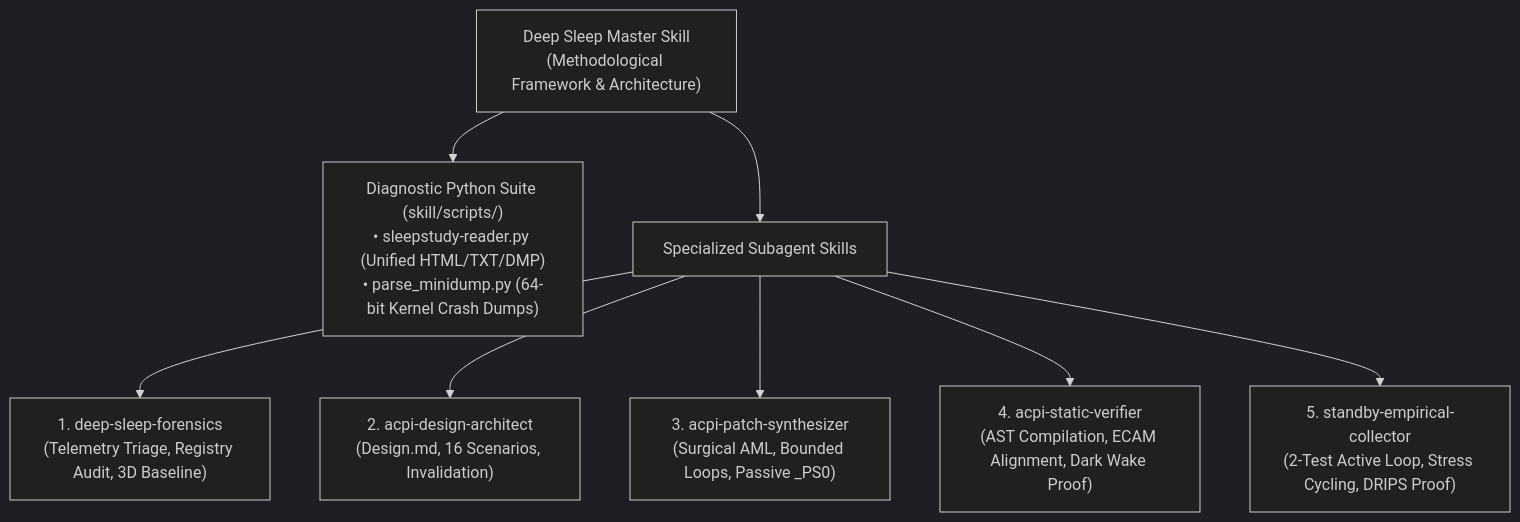
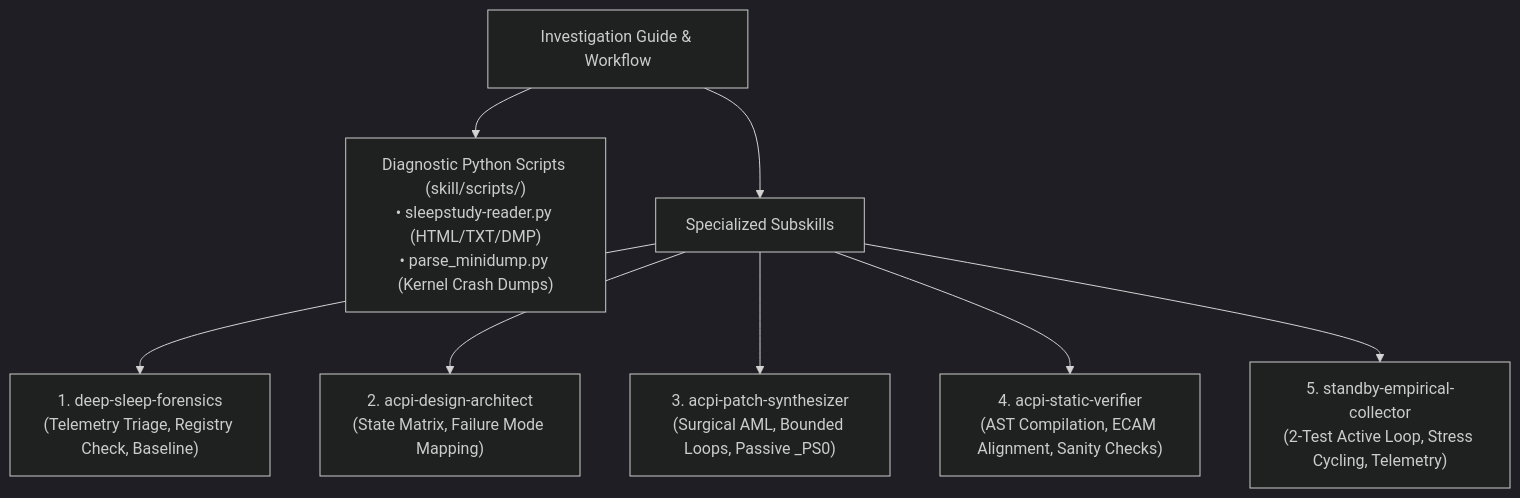
The first of 2 diagrams in skill/DeepSleepInvestigateSkill.md (datacompboy/xmg_deep_sleep), drawn with Mermaid (dark theme) before and after one commit. The commit also changed other lines of this file and 8 other files, not shown here.

````diff
--- a/skill/DeepSleepInvestigateSkill.md
+++ b/skill/DeepSleepInvestigateSkill.md
@@ -16,13 +16,13 @@
 ```mermaid
 graph TD
-    Master["Deep Sleep Master Skill<br/>(Methodological Framework & Architecture)"]
+    Master["Investigation Guide & Workflow"]
     
-    Master --> Tools["Diagnostic Python Suite (skill/scripts/)<br/>• sleepstudy-reader.py (Unified HTML/TXT/DMP)<br/>• parse_minidump.py (64-bit Kernel Crash Dumps)"]
+    Master --> Tools["Diagnostic Python Scripts (skill/scripts/)<br/>• sleepstudy-reader.py (HTML/TXT/DMP)<br/>• parse_minidump.py (Kernel Crash Dumps)"]
     
-    Master --> Subskills["Specialized Subagent Skills"]
-    Subskills --> Sub1["1. deep-sleep-forensics<br/>(Telemetry Triage, Registry Audit, 3D Baseline)"]
-    Subskills --> Sub2["2. acpi-design-architect<br/>(Design.md, 16 Scenarios, Invalidation)"]
+    Master --> Subskills["Specialized Subskills"]
+    Subskills --> Sub1["1. deep-sleep-forensics<br/>(Telemetry Triage, Registry Check, Baseline)"]
+    Subskills --> Sub2["2. acpi-design-architect<br/>(State Matrix, Failure Mode Mapping)"]
     Subskills --> Sub3["3. acpi-patch-synthesizer<br/>(Surgical AML, Bounded Loops, Passive _PS0)"]
-    Subskills --> Sub4["4. acpi-static-verifier<br/>(AST Compilation, ECAM Alignment, Dark Wake Proof)"]
-    Subskills --> Sub5["5. standby-empirical-collector<br/>(2-Test Active Loop, Stress Cycling, DRIPS Proof)"]
+    Subskills --> Sub4["4. acpi-static-verifier<br/>(AST Compilation, ECAM Alignment, Sanity Checks)"]
+    Subskills --> Sub5["5. standby-empirical-collector<br/>(2-Test Active Loop, Stress Cycling, Telemetry)"]
 ```
````
